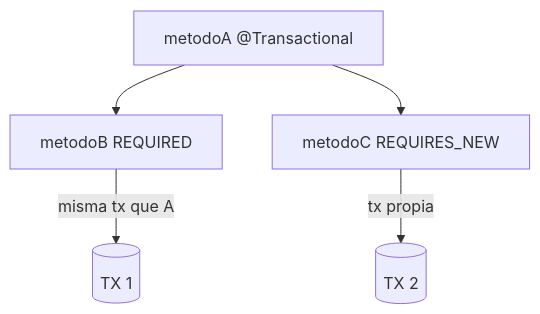
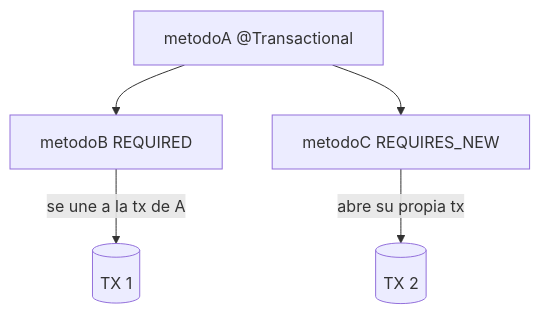
Before and after one commit to obiticadev/DAM-2025-26: the first of 5 diagrams in Programación/Aprendizaje autodidacta/11_APIRESTMasterclass/teoria/14_JPA_Avanzado.md, drawn with Mermaid. The commit also changed other lines of this file and 69 other files, not shown here.

````diff
--- a/Programación/Aprendizaje autodidacta/11_APIRESTMasterclass/teoria/14_JPA_Avanzado.md
+++ b/Programación/Aprendizaje autodidacta/11_APIRESTMasterclass/teoria/14_JPA_Avanzado.md
@@ -10,7 +40,7 @@
 ```mermaid
 flowchart TD
-    A[metodoA @Transactional] --> B[metodoB REQUIRED]
-    A --> C[metodoC REQUIRES_NEW]
-    B -->|misma tx que A| TX1[(TX 1)]
-    C -->|tx propia| TX2[(TX 2)]
+    A["metodoA @Transactional"] --> B["metodoB REQUIRED"]
+    A --> C["metodoC REQUIRES_NEW"]
+    B -->|"se une a la tx de A"| TX1[("TX 1")]
+    C -->|"abre su propia tx"| TX2[("TX 2")]
 ```
````
